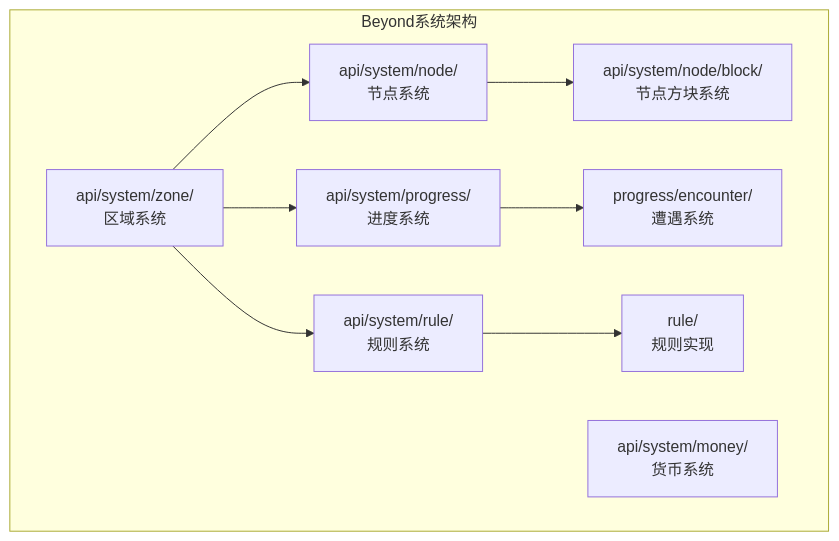
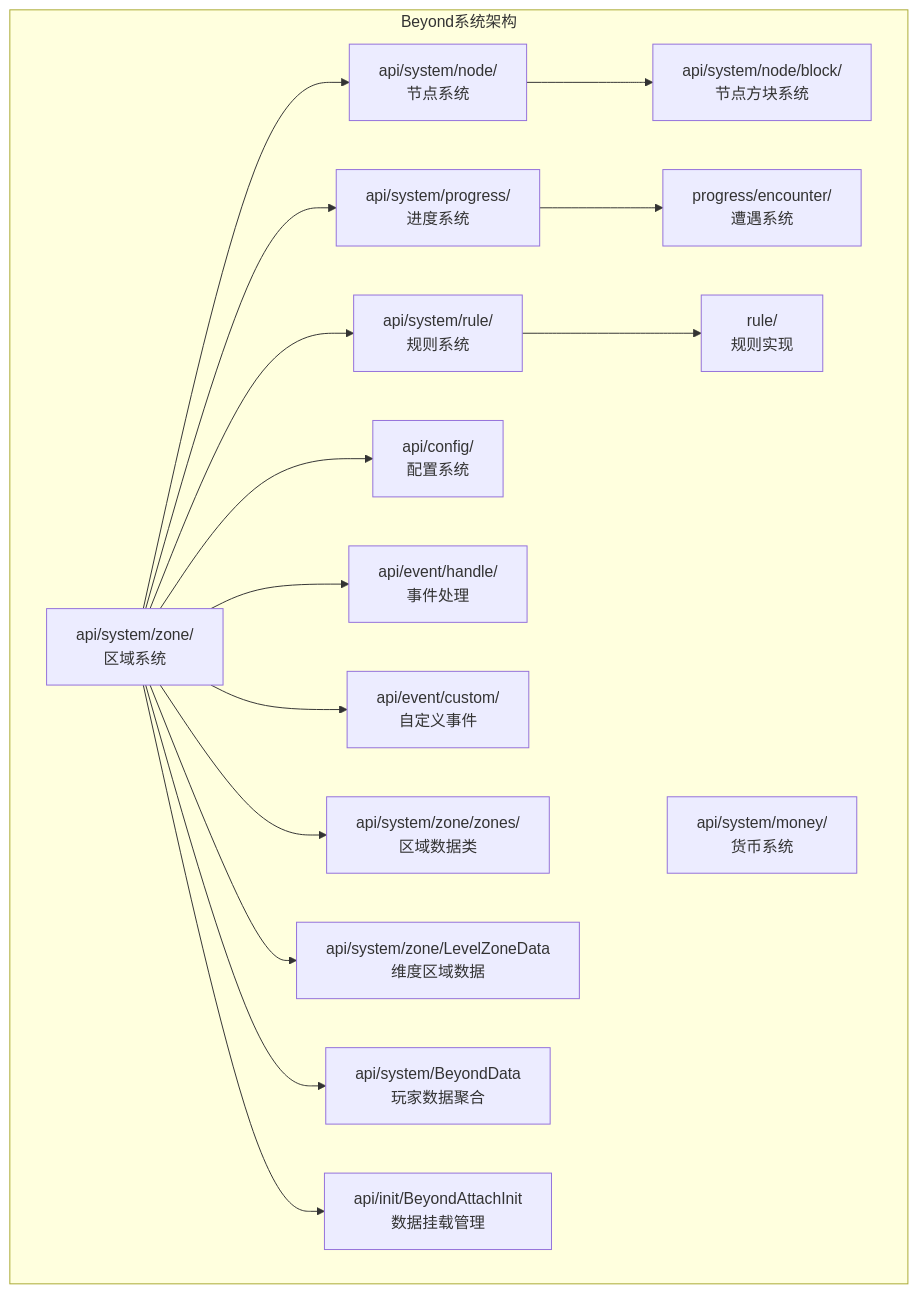
One commit to Ver-shift/SubModulesGeneHunter changed the first of 11 diagrams in .qoder/repowiki/zh/content/模块架构/Beyond安全区模块/Beyond安全区模块.md. Above: the diagram before and after it, drawn with Mermaid. The commit also changed other lines of this file and 16 other files, not shown here.

````diff
--- a/.qoder/repowiki/zh/content/模块架构/Beyond安全区模块/Beyond安全区模块.md
+++ b/.qoder/repowiki/zh/content/模块架构/Beyond安全区模块/Beyond安全区模块.md
@@ -69,19 +81,33 @@
 ```mermaid
 graph TB
 subgraph "Beyond系统架构"
 A["api/system/zone/<br/>区域系统"]
 B["api/system/node/<br/>节点系统"]
 C["api/system/progress/<br/>进度系统"]
 D["api/system/rule/<br/>规则系统"]
 E["api/system/money/<br/>货币系统"]
 F["api/system/node/block/<br/>节点方块系统"]
 G["progress/encounter/<br/>遭遇系统"]
 H["rule/<br/>规则实现"]
+I["api/config/<br/>配置系统"]
+J["api/event/handle/<br/>事件处理"]
+K["api/event/custom/<br/>自定义事件"]
+L["api/system/zone/zones/<br/>区域数据类"]
+M["api/system/zone/LevelZoneData<br/>维度区域数据"]
+N["api/system/BeyondData<br/>玩家数据聚合"]
+O["api/init/BeyondAttachInit<br/>数据挂载管理"]
 end
 A --> B
 A --> C
 A --> D
 B --> F
 C --> G
 D --> H
+A --> I
+A --> J
+A --> K
+A --> L
+A --> M
+A --> N
+A --> O
 ```
````
